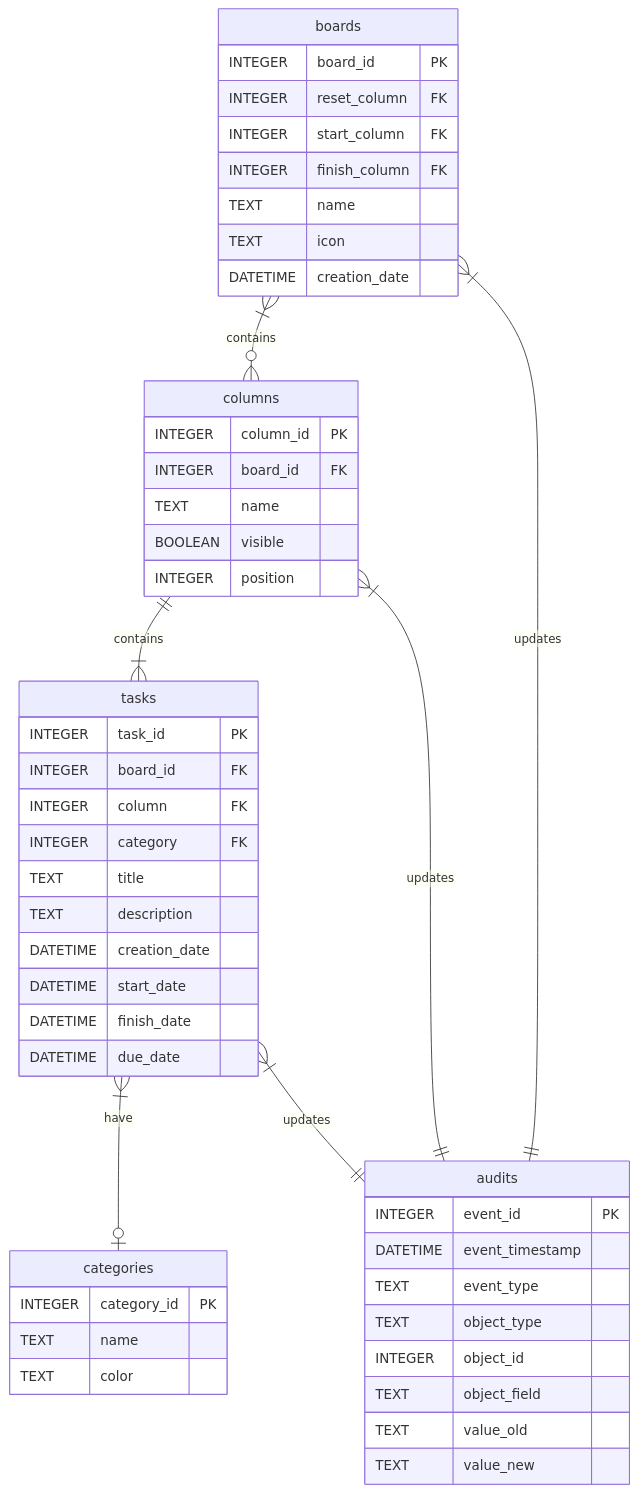
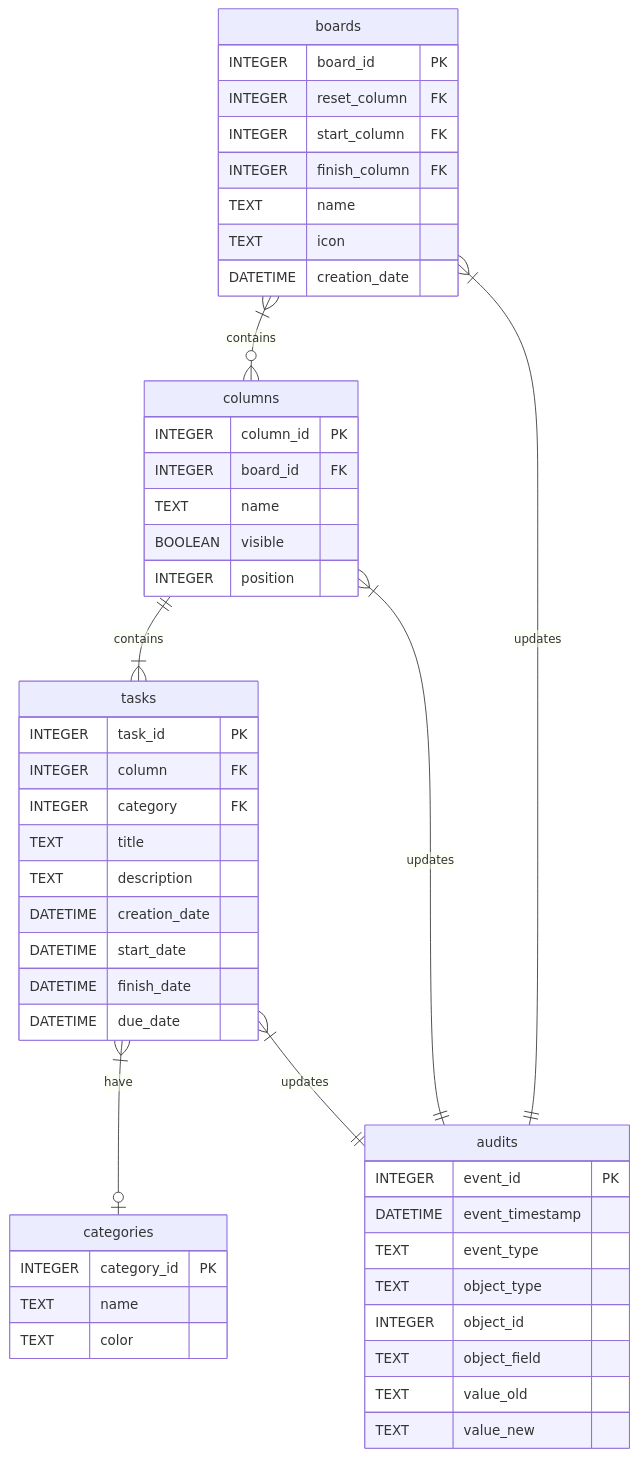
The diagram in README.md (Zaloog/kanban-tui), drawn with Mermaid before and after one commit. The commit also changed other lines of this file and 6 other files, not shown here.

````diff
--- a/README.md
+++ b/README.md
@@ -64,52 +65,51 @@
 ```mermaid
 erDiagram
     tasks }|--o| categories: have
     tasks }|--|| audits: updates
     tasks {
         INTEGER task_id PK
-        INTEGER board_id FK
         INTEGER column FK
         INTEGER category FK
         TEXT title
         TEXT description
         DATETIME creation_date
         DATETIME start_date
         DATETIME finish_date
         DATETIME due_date
     }
     boards }|--o{ columns: contains
     boards }|--|| audits: updates
     boards {
         INTEGER board_id PK
         INTEGER reset_column FK
         INTEGER start_column FK
         INTEGER finish_column FK
         TEXT name
         TEXT icon
         DATETIME creation_date
     }
     columns ||--|{ tasks: contains
     columns }|--|| audits: updates
     columns {
         INTEGER column_id PK
         INTEGER board_id FK
         TEXT name
         BOOLEAN visible
         INTEGER position
     }
     categories {
         INTEGER category_id PK
         TEXT name
         TEXT color
     }
     audits {
         INTEGER event_id PK
         DATETIME event_timestamp
         TEXT event_type
         TEXT object_type
         INTEGER object_id
         TEXT object_field
         TEXT value_old
         TEXT value_new
     }
 ```
````
